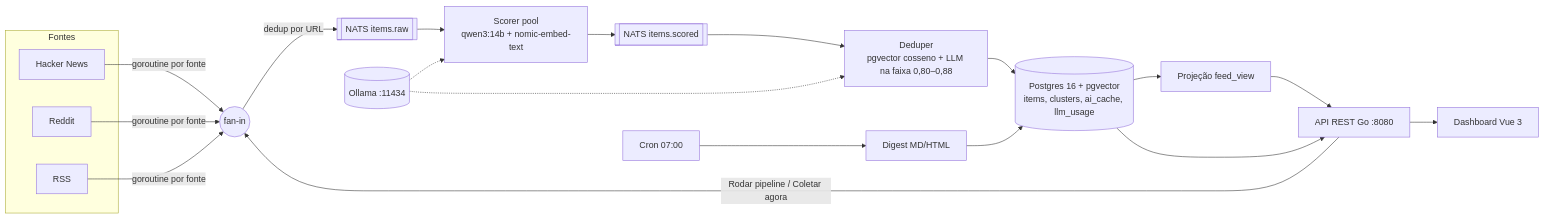
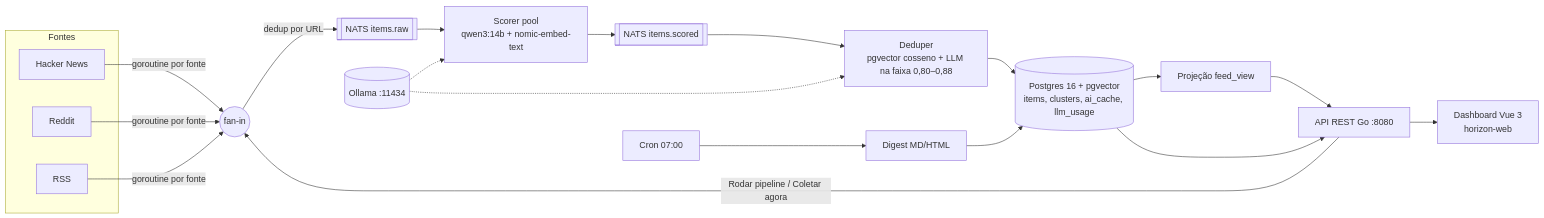
Before and after one commit to Joao-Pedro-AI-Visionary/horizon-go: the diagram in README.md, drawn with Mermaid. The commit also changed other lines of this file and 66 other files, not shown here.

First line of the commit message:
chore: split the dashboard into horizon-web, keep this repo backend-only

````diff
--- a/README.md
+++ b/README.md
@@ -48,22 +51,22 @@
 ```mermaid
 flowchart LR
   subgraph Fontes
     HN[Hacker News]
     RD[Reddit]
     RSS[RSS]
   end
   HN & RD & RSS -->|goroutine por fonte| FI((fan-in))
   FI -->|dedup por URL| RAW[[NATS items.raw]]
   API -->|Rodar pipeline / Coletar agora| FI
   RAW --> SC[Scorer pool<br/>qwen3:14b + nomic-embed-text]
   SC --> SCORED[[NATS items.scored]]
   SCORED --> DD[Deduper<br/>pgvector cosseno + LLM na faixa 0,80–0,88]
   DD --> PG[(Postgres 16 + pgvector<br/>items, clusters, ai_cache, llm_usage)]
   PG --> FV[Projeção feed_view]
   CRON[Cron 07:00] --> DG[Digest MD/HTML] --> PG
   FV --> API[API REST Go :8080]
   PG --> API
-  API --> VUE[Dashboard Vue 3]
+  API --> VUE[Dashboard Vue 3<br/>horizon-web]
   OLL[(Ollama :11434)] -.-> SC
   OLL -.-> DD
 ```
````
